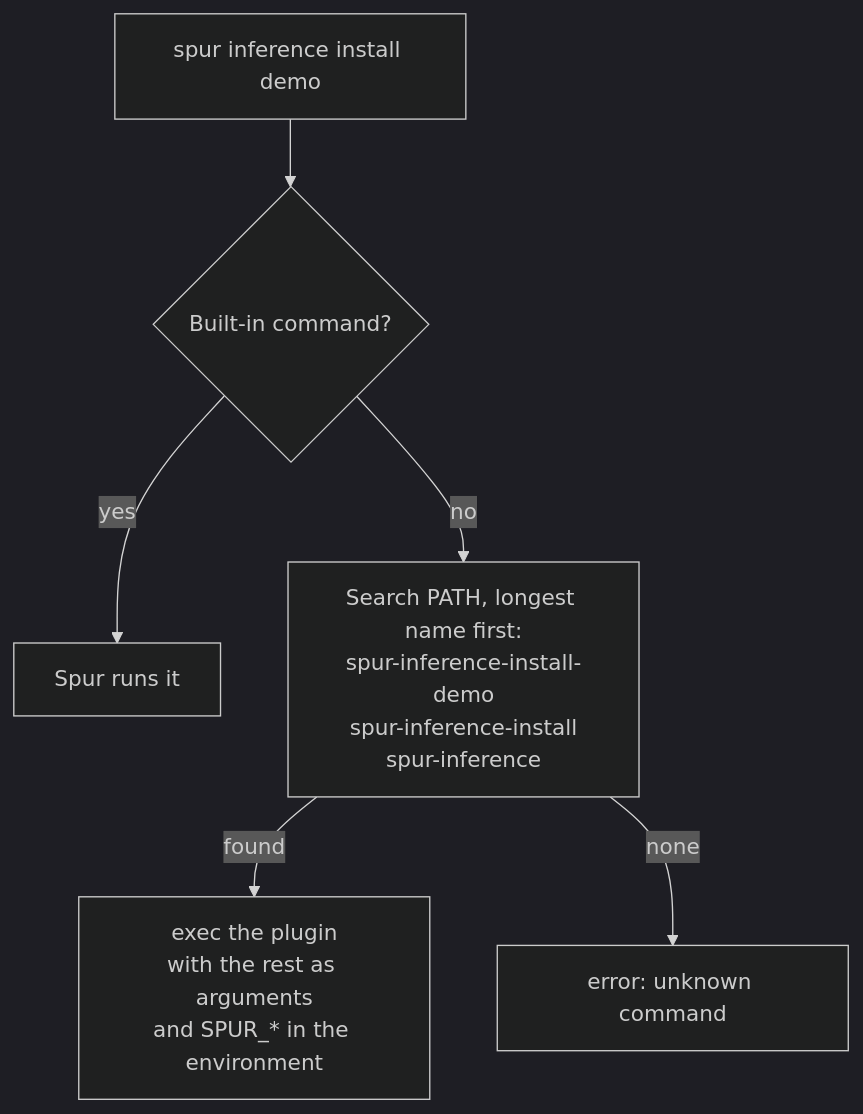
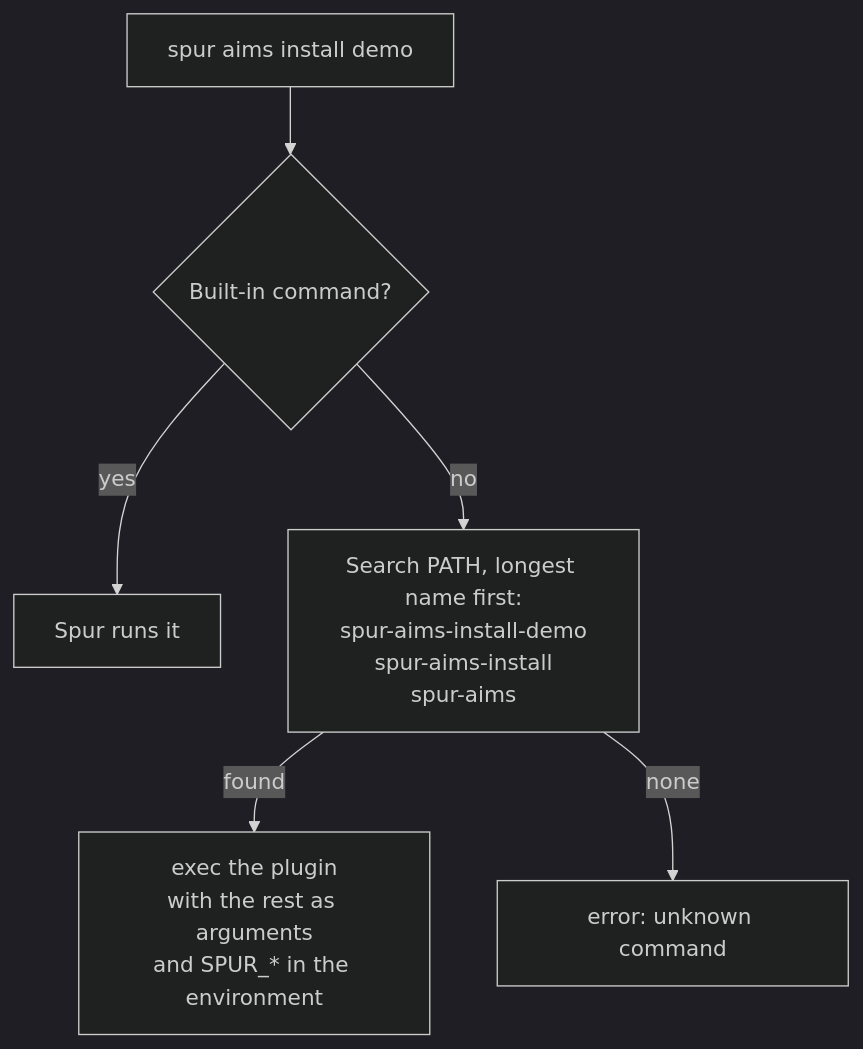
The first of 2 diagrams in byok/docs/spur-cli-plugins.md (silogen/cluster-forge), drawn with Mermaid (dark theme) before and after one commit. The commit also changed other lines of this file and 34 other files, not shown here.

First line of the commit message:
chore: Rename the spur-inference plugin to spur-aims

````diff
--- a/byok/docs/spur-cli-plugins.md
+++ b/byok/docs/spur-cli-plugins.md
@@ -81,8 +81,8 @@
 ```mermaid
 flowchart TD
-    A["spur inference install demo"] --> B{"Built-in command?"}
+    A["spur aims install demo"] --> B{"Built-in command?"}
     B -- yes --> C["Spur runs it"]
-    B -- no --> D["Search PATH, longest name first:\nspur-inference-install-demo\nspur-inference-install\nspur-inference"]
+    B -- no --> D["Search PATH, longest name first:\nspur-aims-install-demo\nspur-aims-install\nspur-aims"]
     D -- found --> E["exec the plugin\nwith the rest as arguments\nand SPUR_* in the environment"]
     D -- none --> F["error: unknown command"]
 ```
````
